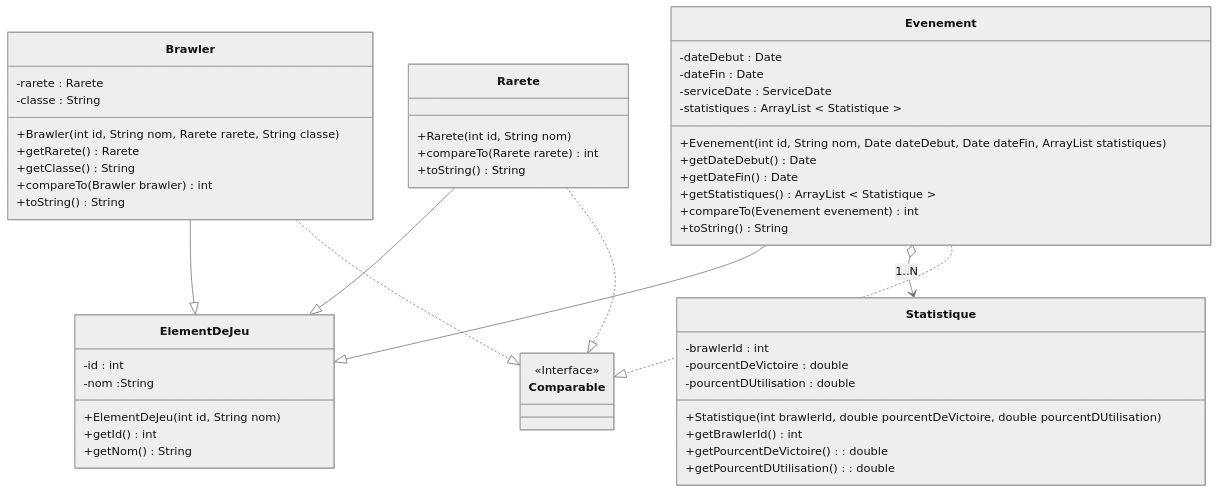
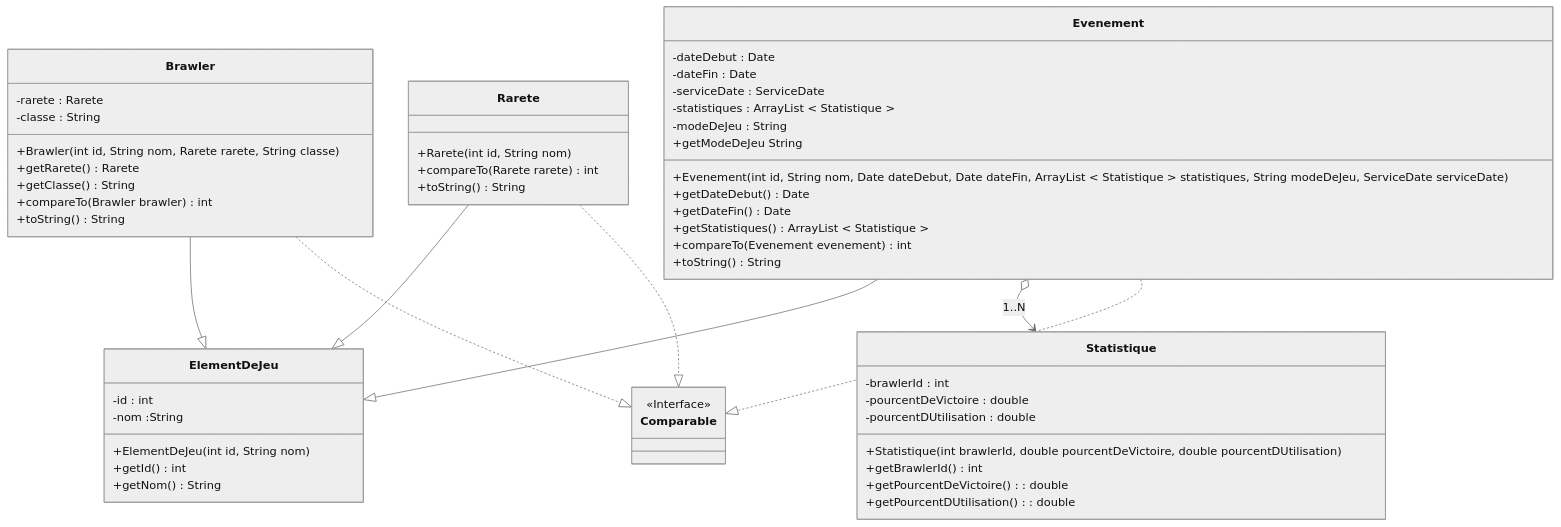
Before and after one commit to emf-info-320/320_E1_BrawlStar: the sixth of 17 diagrams in README.md, drawn with Mermaid (neutral theme). The commit also changed other lines of this file and 40 other files, not shown here.

````diff
--- a/README.md
+++ b/README.md
@@ -231,69 +308,71 @@
 ```mermaid
 classDiagram
 
 
     class Brawler {
         -rarete : Rarete
         -classe : String
 
         +Brawler(int id, String nom, Rarete rarete, String classe)
         +getRarete() Rarete
         +getClasse() String
         +compareTo(Brawler brawler) int
         +toString() String
     }
 
     class ElementDeJeu {
         -id : int 
         -nom :String
 
         +ElementDeJeu(int id, String nom)
         +getId() int
         +getNom() String
     }
 
     class Evenement{
         -dateDebut : Date
         -dateFin : Date
         -serviceDate : ServiceDate
         -statistiques : ArrayList < Statistique >
+        -modeDeJeu : String
 
-        +Evenement(int id, String nom, Date dateDebut, Date dateFin, ArrayList<Statistique> statistiques)
+        +Evenement(int id, String nom, Date dateDebut, Date dateFin, ArrayList < Statistique > statistiques, String modeDeJeu, ServiceDate serviceDate)
         +getDateDebut() Date
         +getDateFin() Date
         +getStatistiques() ArrayList < Statistique >
+        +getModeDeJeu String
         +compareTo(Evenement evenement) int
         +toString() String
     }
 
     class Rarete {
         +Rarete(int id, String nom)
         +compareTo(Rarete rarete) int
         +toString() String
     }
 
     class Statistique {
         -brawlerId : int
         -pourcentDeVictoire : double
         -pourcentDUtilisation : double
 
         +Statistique(int brawlerId, double pourcentDeVictoire, double pourcentDUtilisation)
         +getBrawlerId() int
         +getPourcentDeVictoire() : double
         +getPourcentDUtilisation() : double
     }
 
     class Comparable{
         <<Interface>>
     }
 
     Brawler --|> ElementDeJeu
     Evenement --|> ElementDeJeu
     Rarete --|> ElementDeJeu
     Evenement o--> Statistique : 1..N
 
     Brawler ..|> Comparable
     Evenement ..|> Comparable
     Rarete ..|> Comparable
 
 ```
````
